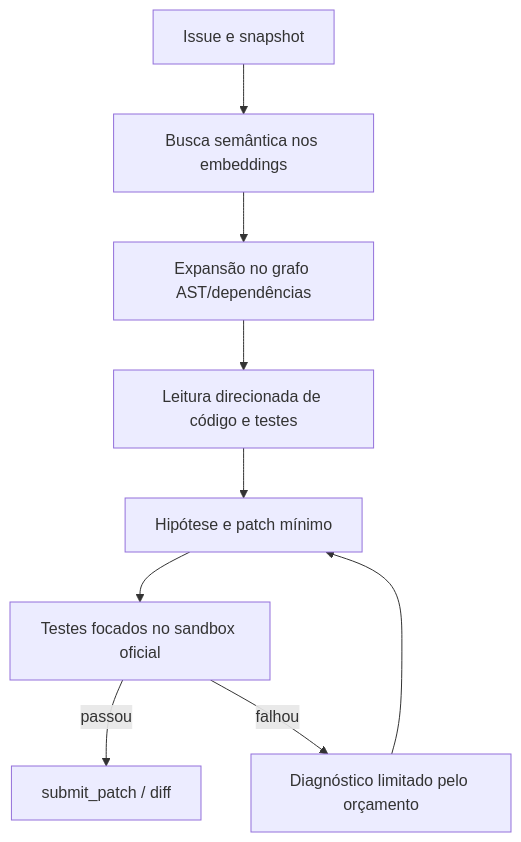
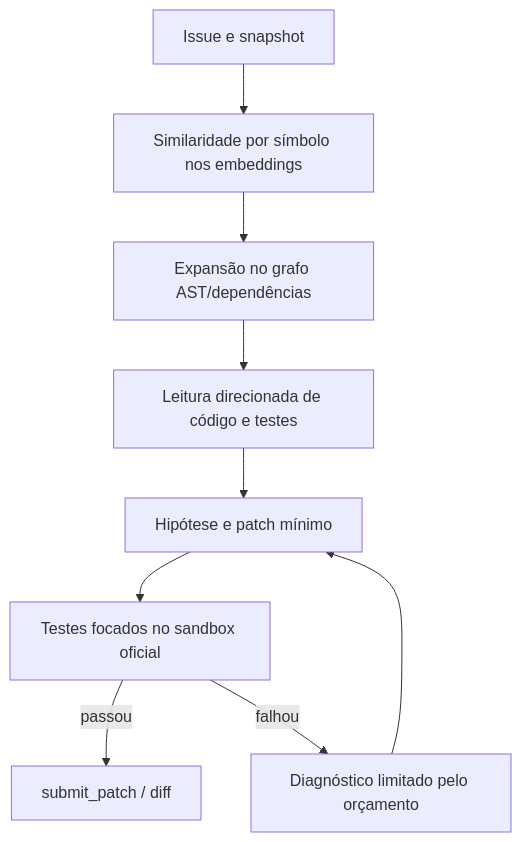
The diagram in README.md (Santosdevbjj/gemma4-autonomous-software-engineering-agent), drawn with Mermaid before and after one commit. The commit also changed other lines of this file, not shown here.

````diff
--- a/README.md
+++ b/README.md
@@ -58,11 +60,11 @@
 ```mermaid
 flowchart TD
-  A[Issue e snapshot] --> B[Busca semântica nos embeddings]
+  A[Issue e snapshot] --> B[Similaridade por símbolo nos embeddings]
   B --> C[Expansão no grafo AST/dependências]
   C --> D[Leitura direcionada de código e testes]
   D --> E[Hipótese e patch mínimo]
   E --> F[Testes focados no sandbox oficial]
   F -->|passou| G[submit_patch / diff]
   F -->|falhou| H[Diagnóstico limitado pelo orçamento]
   H --> E
 ```
````
